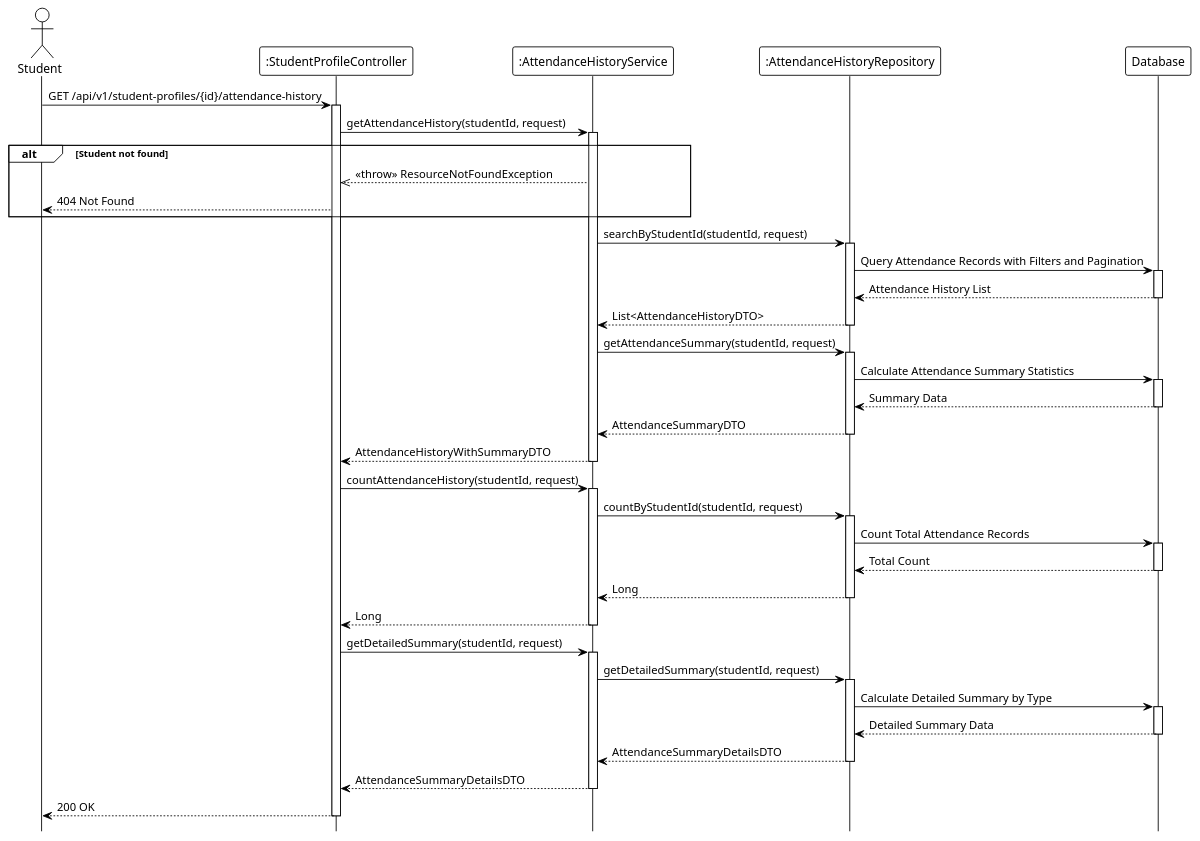
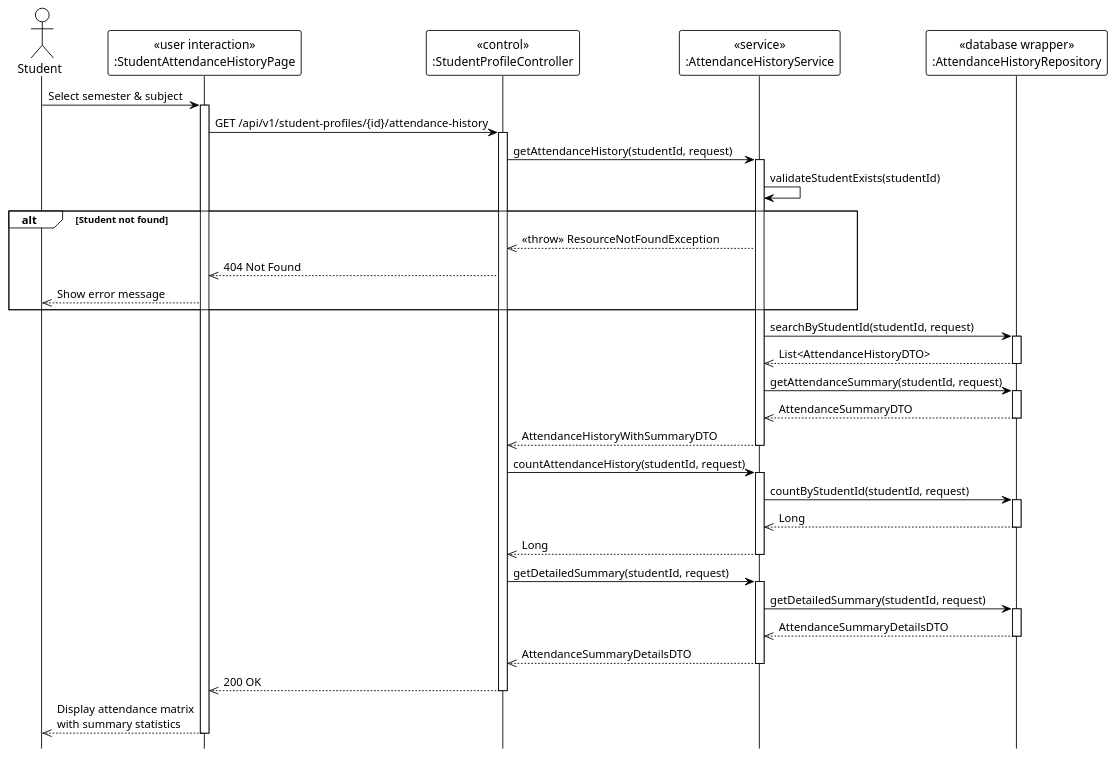
Before and after one commit to Ndh474/context: the diagram in system_detailed_design/75_view_attendance_history/sequence_diagram_view_attendance_history.puml, drawn with PlantUML. The commit also changed 13 other files, not shown here.

Commit message:
docs(system_detailed_design): add UML stereotypes to view and scanning sequence diagrams

```diff
--- a/system_detailed_design/75_view_attendance_history/sequence_diagram_view_attendance_history.puml
+++ b/system_detailed_design/75_view_attendance_history/sequence_diagram_view_attendance_history.puml
@@ -1,90 +1,76 @@
 @startuml view_attendance_history
 !theme plain
 hide footbox
 
-actor Student
-participant ":StudentProfileController" as Controller
-participant ":AttendanceHistoryService" as Service
-participant ":AttendanceHistoryRepository" as AttendanceRepo
-participant "Database" as DB
+actor "Student" as Student
 
-' --- MAIN FLOW ---
-Student -> Controller: GET /api/v1/student-profiles/{id}/attendance-history
+participant "«user interaction»\n:StudentAttendanceHistoryPage" as UI
+participant "«control»\n:StudentProfileController" as Controller
+participant "«service»\n:AttendanceHistoryService" as Service
+participant "«database wrapper»\n:AttendanceHistoryRepository" as Repository
+
+' === MAIN FLOW ===
+Student -> UI: Select semester & subject
+activate UI
+
+UI -> Controller: GET /api/v1/student-profiles/{id}/attendance-history
 activate Controller
 
 Controller -> Service: getAttendanceHistory(studentId, request)
 activate Service
 
-' Validation logic (internal: check student exists)
+' === VALIDATION ===
+Service -> Service: validateStudentExists(studentId)
 
 alt Student not found
     Service -->> Controller: <<throw>> ResourceNotFoundException
-    Controller --> Student: 404 Not Found
+    Controller -->> UI: 404 Not Found
+    UI -->> Student: Show error message
 end
 
-Service -> AttendanceRepo: searchByStudentId(studentId, request)
-activate AttendanceRepo
+' === GET ATTENDANCE RECORDS ===
+Service -> Repository: searchByStudentId(studentId, request)
+activate Repository
+Repository -->> Service: List<AttendanceHistoryDTO>
+deactivate Repository
 
-AttendanceRepo -> DB: Query Attendance Records with Filters and Pagination
-activate DB
-DB --> AttendanceRepo: Attendance History List
-deactivate DB
+' === GET SUMMARY ===
+Service -> Repository: getAttendanceSummary(studentId, request)
+activate Repository
+Repository -->> Service: AttendanceSummaryDTO
+deactivate Repository
 
-AttendanceRepo --> Service: List<AttendanceHistoryDTO>
-deactivate AttendanceRepo
-
-' --- GET ATTENDANCE SUMMARY ---
-Service -> AttendanceRepo: getAttendanceSummary(studentId, request)
-activate AttendanceRepo
-
-AttendanceRepo -> DB: Calculate Attendance Summary Statistics
-activate DB
-DB --> AttendanceRepo: Summary Data
-deactivate DB
-
-AttendanceRepo --> Service: AttendanceSummaryDTO
-deactivate AttendanceRepo
-
-Service --> Controller: AttendanceHistoryWithSummaryDTO
+Service -->> Controller: AttendanceHistoryWithSummaryDTO
 deactivate Service
 
-' --- COUNT TOTAL RECORDS ---
+' === COUNT TOTAL ===
 Controller -> Service: countAttendanceHistory(studentId, request)
 activate Service
 
-Service -> AttendanceRepo: countByStudentId(studentId, request)
-activate AttendanceRepo
+Service -> Repository: countByStudentId(studentId, request)
+activate Repository
+Repository -->> Service: Long
+deactivate Repository
 
-AttendanceRepo -> DB: Count Total Attendance Records
-activate DB
-DB --> AttendanceRepo: Total Count
-deactivate DB
-
-AttendanceRepo --> Service: Long
-deactivate AttendanceRepo
-
-Service --> Controller: Long
+Service -->> Controller: Long
 deactivate Service
 
-' --- GET DETAILED SUMMARY ---
+' === GET DETAILED SUMMARY ===
 Controller -> Service: getDetailedSummary(studentId, request)
 activate Service
 
-Service -> AttendanceRepo: getDetailedSummary(studentId, request)
-activate AttendanceRepo
+Service -> Repository: getDetailedSummary(studentId, request)
+activate Repository
+Repository -->> Service: AttendanceSummaryDetailsDTO
+deactivate Repository
 
-AttendanceRepo -> DB: Calculate Detailed Summary by Type
-activate DB
-DB --> AttendanceRepo: Detailed Summary Data
-deactivate DB
-
-AttendanceRepo --> Service: AttendanceSummaryDetailsDTO
-deactivate AttendanceRepo
-
-Service --> Controller: AttendanceSummaryDetailsDTO
+Service -->> Controller: AttendanceSummaryDetailsDTO
 deactivate Service
 
-Controller --> Student: 200 OK
+Controller -->> UI: 200 OK
 deactivate Controller
 
+UI -->> Student: Display attendance matrix\nwith summary statistics
+deactivate UI
+
 @enduml
```
